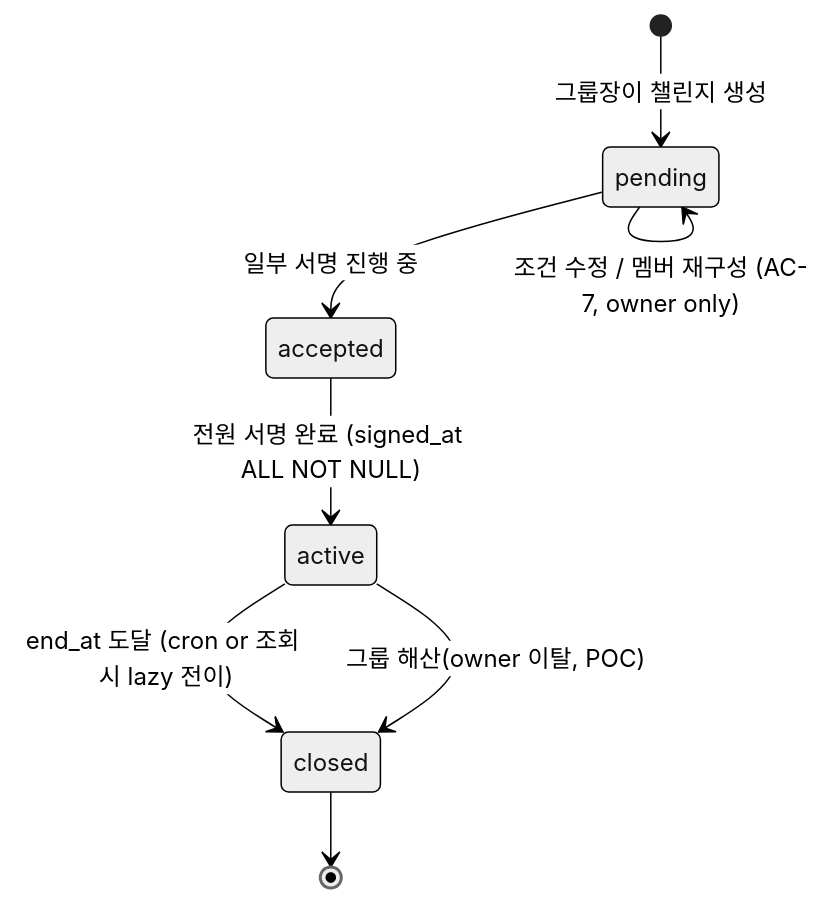
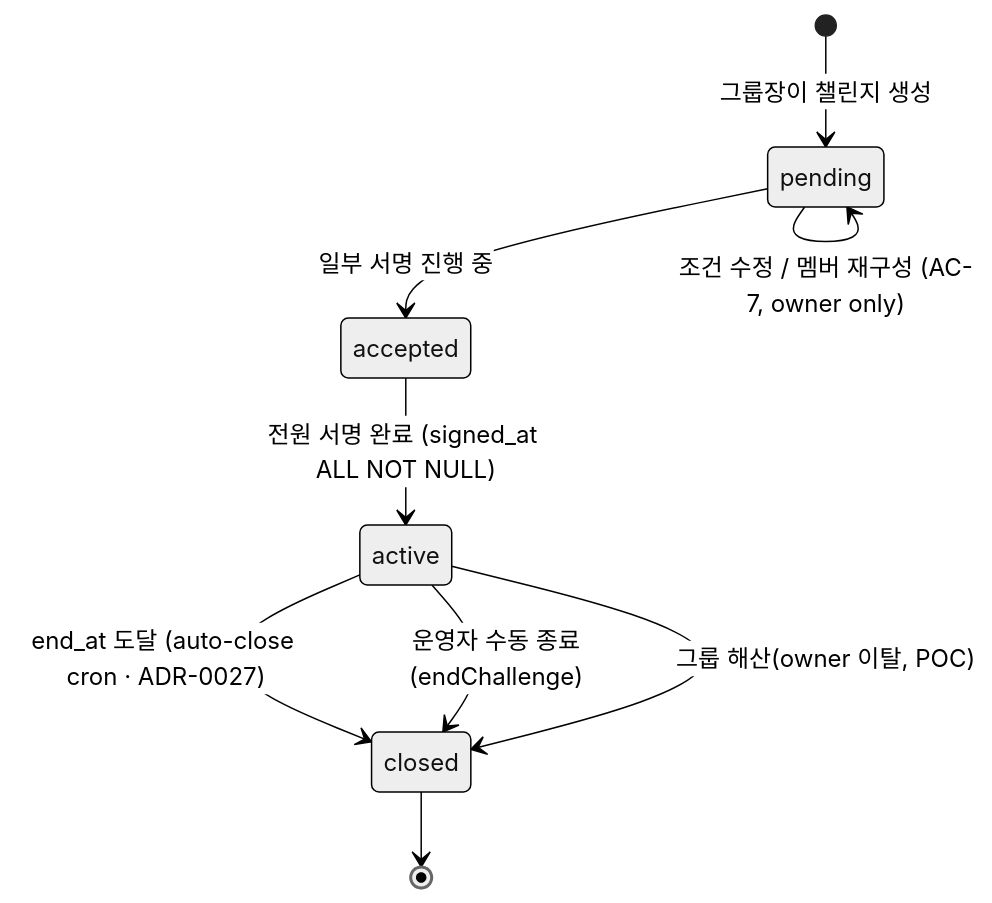
One commit to pistachio8/with-key-app changed the second of 2 diagrams in docs/BE_SCHEMA.md. Above: the diagram before and after it, drawn with Mermaid (neutral theme). The commit also changed other lines of this file and 31 other files, not shown here.

First line of the commit message:
fix(challenge): 종료 판정을 phase 파생 SoT로 통일 + auto-close cron (ADR-0027)

````diff
--- a/docs/BE_SCHEMA.md
+++ b/docs/BE_SCHEMA.md
@@ -182,10 +182,11 @@
 ```mermaid
 stateDiagram-v2
     [*] --> pending: 그룹장이 챌린지 생성
     pending --> pending: 조건 수정 / 멤버 재구성 (AC-7, owner only)
     pending --> accepted: 일부 서명 진행 중
     accepted --> active: 전원 서명 완료 (signed_at ALL NOT NULL)
-    active --> closed: end_at 도달 (cron or 조회 시 lazy 전이)
+    active --> closed: end_at 도달 (auto-close cron · ADR-0027)
+    active --> closed: 운영자 수동 종료(endChallenge)
     active --> closed: 그룹 해산(owner 이탈, POC)
     closed --> [*]
 ```
````
